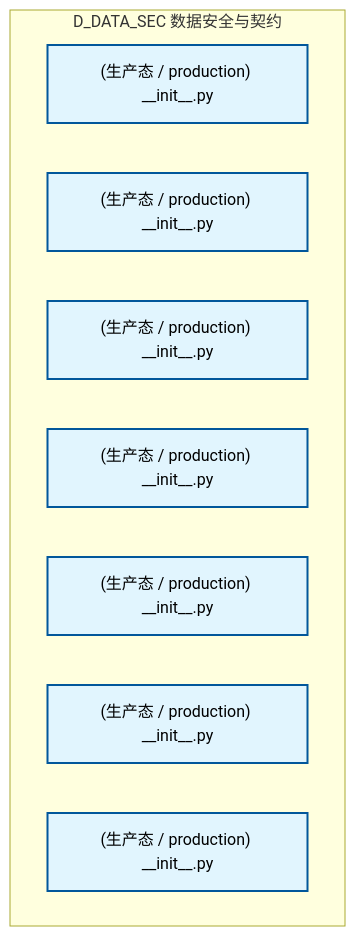
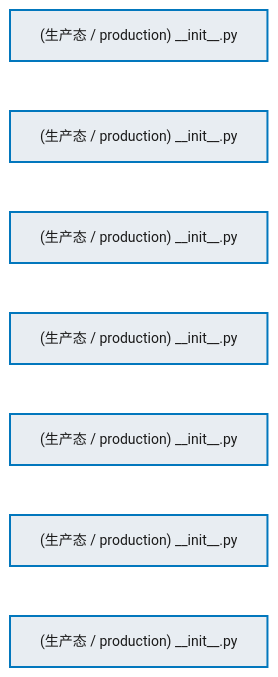
The first of 2 diagrams in docs/02_enterprise_architecture/02_domain_architecture_docs/14_d_data_sec.md (xuanFelixVan/ZephyrAlpha), drawn with Mermaid before and after one commit. The commit also changed other lines of this file and 76 other files, not shown here.

````diff
--- a/docs/02_enterprise_architecture/02_domain_architecture_docs/14_d_data_sec.md
+++ b/docs/02_enterprise_architecture/02_domain_architecture_docs/14_d_data_sec.md
@@ -67,17 +67,22 @@
 ```mermaid
-graph TD
-    subgraph D_DATA_SEC["D_DATA_SEC 数据安全与契约"]
-        src_zephyr_data_security_init_py["(生产态 / production) __init__.py"]
-        src_zephyr_data_security_extensions_init_py["(生产态 / production) __init__.py"]
-        src_zephyr_data_security_api_init_py["(生产态 / production) __init__.py"]
-        src_zephyr_data_security_core_init_py["(生产态 / production) __init__.py"]
-        src_zephyr_data_security_infrastructure_init_py["(生产态 / production) __init__.py"]
-        src_zephyr_data_security_models_init_py["(生产态 / production) __init__.py"]
-        src_zephyr_data_security_services_init_py["(生产态 / production) __init__.py"]
-    end
-    classDef production fill:#e1f5fe,stroke:#01579b,stroke-width:2px,color:#000
-    classDef design fill:#fff3e0,stroke:#e65100,stroke-width:2px,color:#000,stroke-dasharray: 5 5
-    classDef external_prod fill:#e8f5e9,stroke:#1b5e20,stroke-width:1px,color:#000
-    classDef external_design fill:#fce4ec,stroke:#880e4f,stroke-width:1px,color:#000,stroke-dasharray: 5 5
+%%{init: {'theme': 'base', 'themeVariables': {'primaryColor': '#eaeaea', 'primaryTextColor': '#333333', 'primaryBorderColor': '#666666', 'lineColor': '#666666', 'secondaryColor': '#eaeaea', 'tertiaryColor': '#eaeaea', 'fontSize': '14px'}}}%%
+flowchart TD
+    src_zephyr_data_security_init_py["(生产态 / production) __init__.py"]
+    src_zephyr_data_security_extensions_init_py["(生产态 / production) __init__.py"]
+    src_zephyr_data_security_api_init_py["(生产态 / production) __init__.py"]
+    src_zephyr_data_security_core_init_py["(生产态 / production) __init__.py"]
+    src_zephyr_data_security_infrastructure_init_py["(生产态 / production) __init__.py"]
+    src_zephyr_data_security_models_init_py["(生产态 / production) __init__.py"]
+    src_zephyr_data_security_services_init_py["(生产态 / production) __init__.py"]
+    src_zephyr_data_security_init_py ~~~ src_zephyr_data_security_extensions_init_py
+    src_zephyr_data_security_extensions_init_py ~~~ src_zephyr_data_security_api_init_py
+    src_zephyr_data_security_api_init_py ~~~ src_zephyr_data_security_core_init_py
+    src_zephyr_data_security_core_init_py ~~~ src_zephyr_data_security_infrastructure_init_py
+    src_zephyr_data_security_infrastructure_init_py ~~~ src_zephyr_data_security_models_init_py
+    src_zephyr_data_security_models_init_py ~~~ src_zephyr_data_security_services_init_py
+    classDef production fill:#e8edf2,stroke:#0277bd,stroke-width:2px,color:#1a1a1a
+    classDef design fill:#f0ebe3,stroke:#bf360c,stroke-width:2px,color:#1a1a1a,stroke-dasharray: 5 5
+    classDef external_prod fill:#e8efe9,stroke:#1b5e20,stroke-width:1px,color:#1a1a1a
+    classDef external_design fill:#efe5ea,stroke:#880e4f,stroke-width:1px,color:#1a1a1a,stroke-dasharray: 5 5
     class src_zephyr_data_security_init_py,src_zephyr_data_security_extensions_init_py,src_zephyr_data_security_api_init_py,src_zephyr_data_security_core_init_py,src_zephyr_data_security_infrastructure_init_py,src_zephyr_data_security_models_init_py,src_zephyr_data_security_services_init_py production
 ```
````
